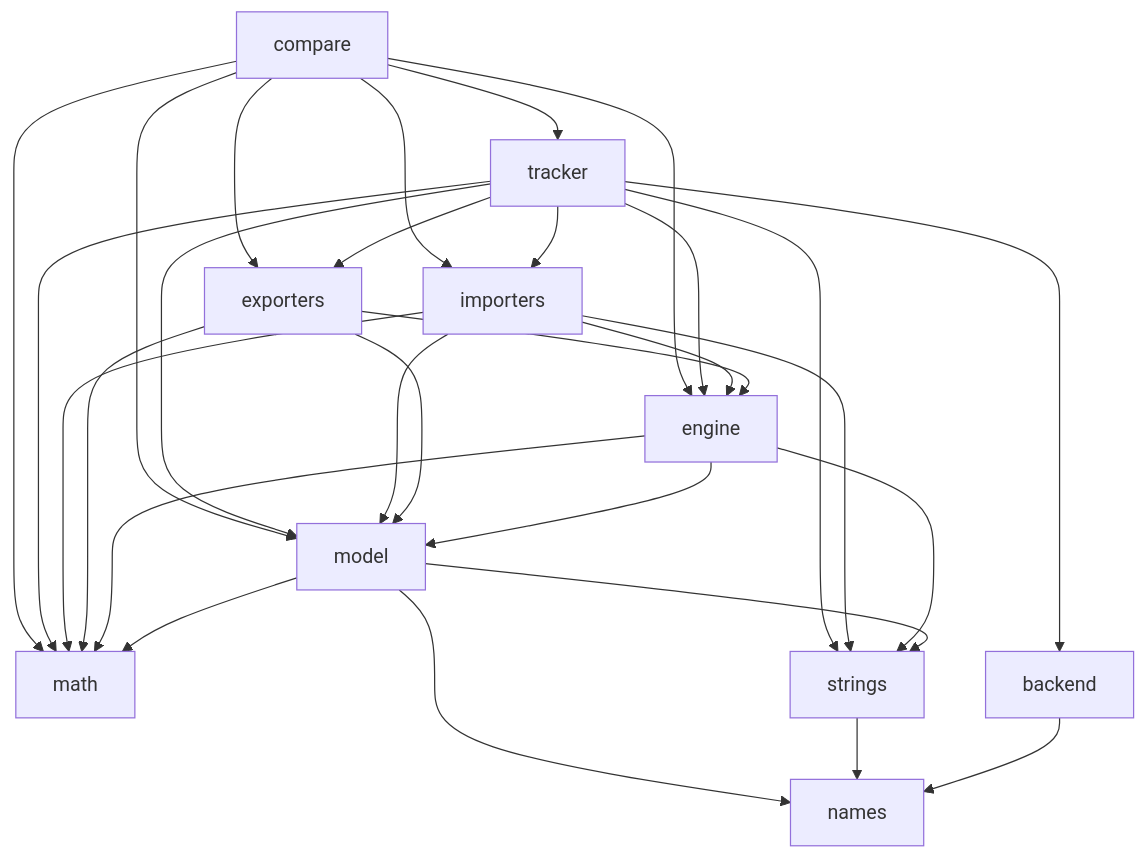
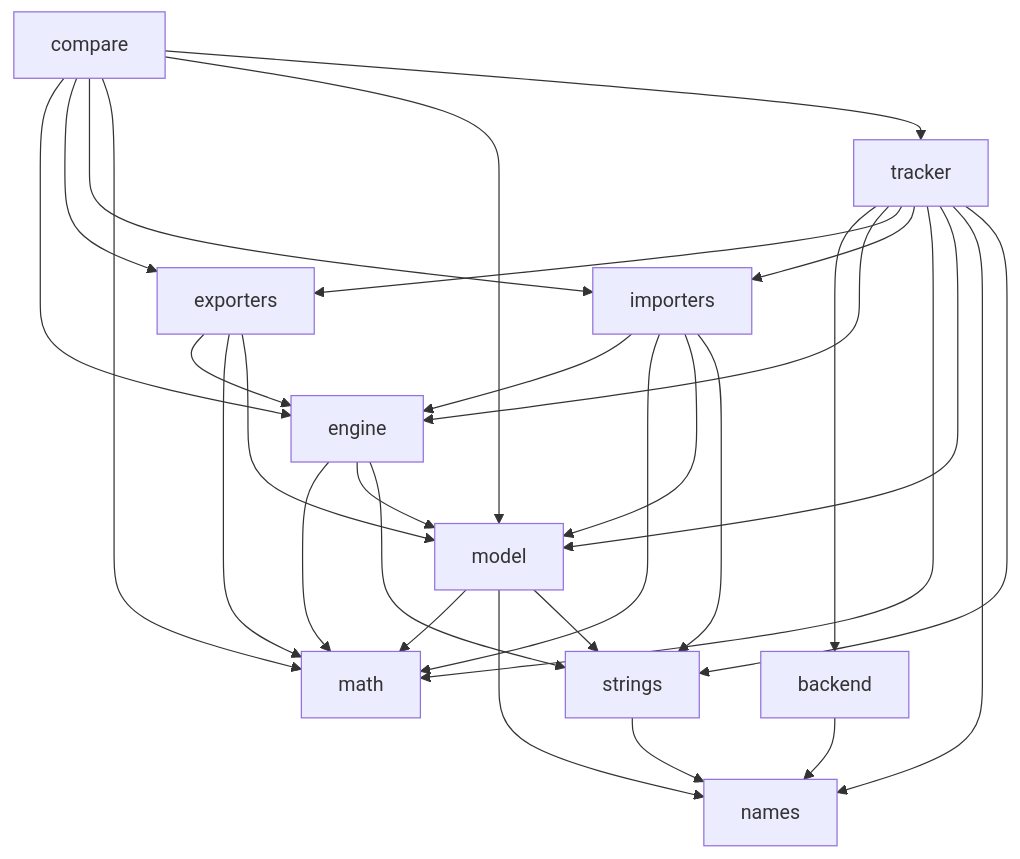
Before and after one commit to mpdehaan/llamatron: the second of 2 diagrams in developer_docs/ARCHITECTURE.md, drawn with Mermaid. The commit also changed other lines of this file and 8 other files, not shown here.

Commit message:
The tracker's sound spec, its instrument editor and its sound read every name of a sound from the names crate, and every placeholder they fill a text by from its fill module; the Analog starting point's values are named.

````diff
--- a/developer_docs/ARCHITECTURE.md
+++ b/developer_docs/ARCHITECTURE.md
@@ -84,41 +84,42 @@
 ```mermaid
 flowchart TD
     math["math"]
     names["names"]
     backend["backend"]
     strings["strings"]
     model["model"]
     engine["engine"]
     exporters["exporters"]
     importers["importers"]
     tracker["tracker"]
     compare["compare"]
     compare --> engine
     compare --> exporters
     compare --> importers
     compare --> math
     compare --> model
     compare --> tracker
     tracker --> backend
     tracker --> engine
     tracker --> exporters
     tracker --> importers
     tracker --> math
     tracker --> model
+    tracker --> names
     tracker --> strings
     importers --> engine
     importers --> math
     importers --> model
     importers --> strings
     exporters --> engine
     exporters --> math
     exporters --> model
     engine --> math
     engine --> model
     engine --> strings
     model --> math
     model --> names
     model --> strings
     strings --> names
     backend --> names
 ```
````
